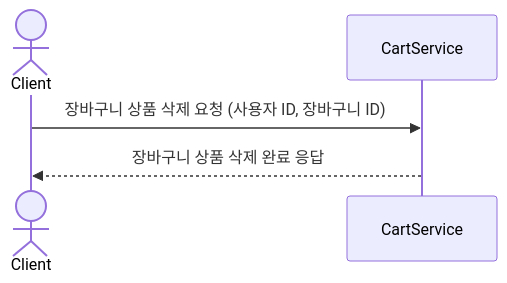
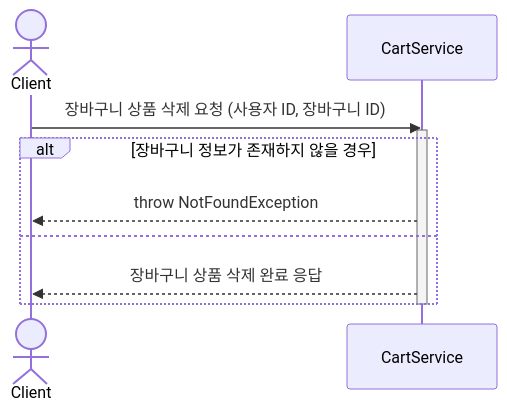
One commit to lgm1007/hhplus_ecommerce changed the ninth of 10 diagrams in docs/SEQUENCE_DIAGRAM.md. Above: the diagram before and after it, drawn with Mermaid. The commit also changed other lines of this file, not shown here.

Commit message:
docs: 시퀀스 다이어그램 내용 수정

````diff
--- a/docs/SEQUENCE_DIAGRAM.md
+++ b/docs/SEQUENCE_DIAGRAM.md
@@ -217,8 +283,14 @@
 ```mermaid
 sequenceDiagram
     actor Client
     participant CartService
 
     Client ->> CartService: 장바구니 상품 삭제 요청 (사용자 ID, 장바구니 ID)
-    CartService -->> Client: 장바구니 상품 삭제 완료 응답
+    activate CartService
+    alt 장바구니 정보가 존재하지 않을 경우
+        CartService -->> Client: throw NotFoundException
+    else
+        CartService -->> Client: 장바구니 상품 삭제 완료 응답
+    end
+    deactivate CartService
 ```
````
